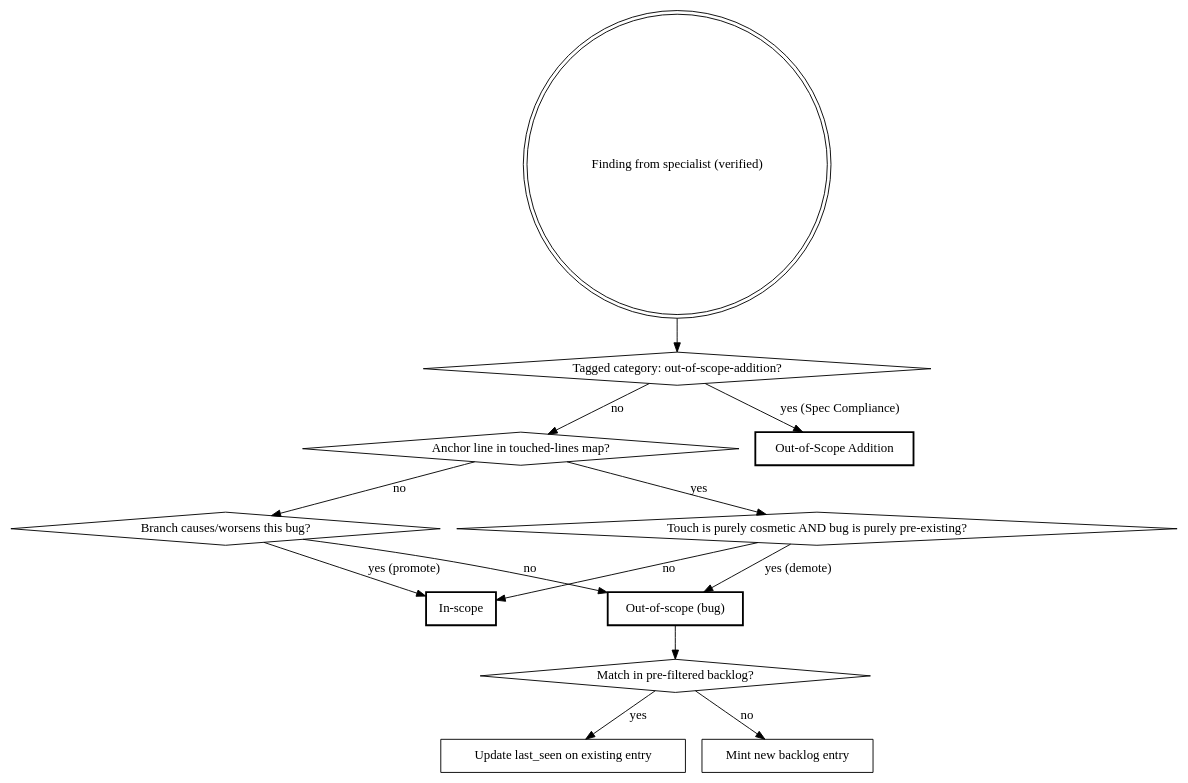
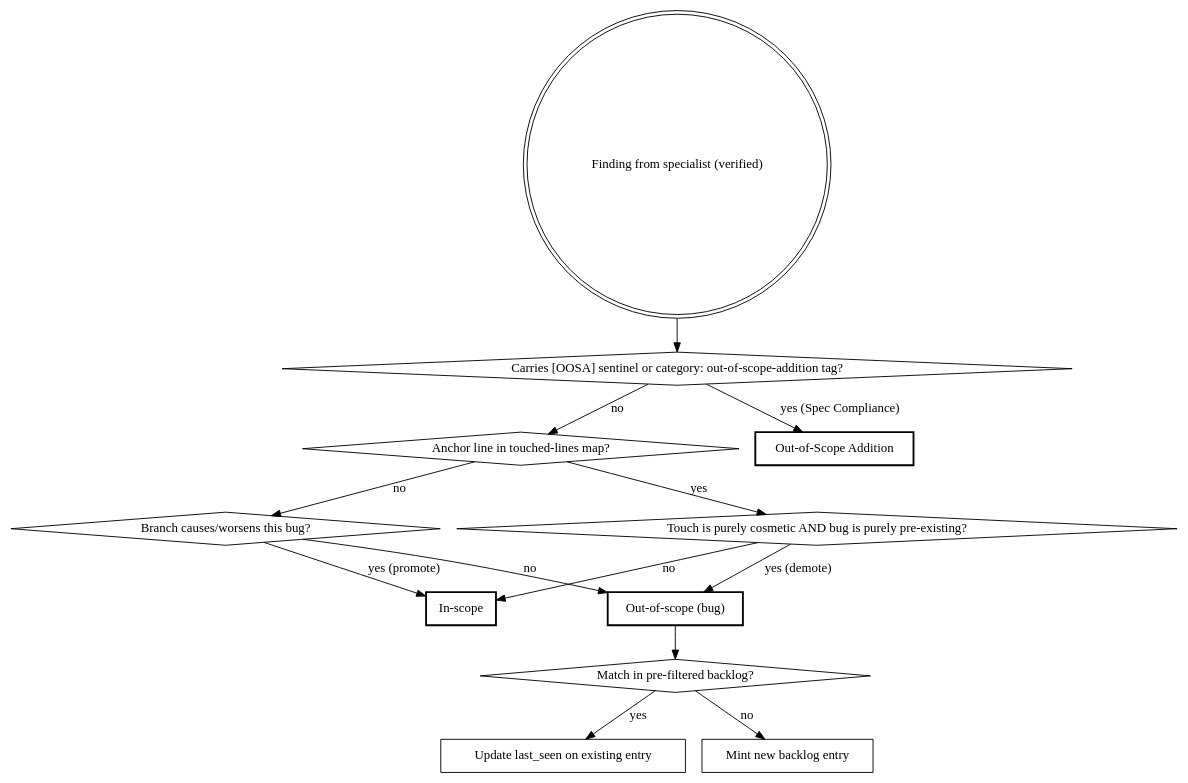
One commit to Ovid/paad changed the first of 2 diagrams in plugins/paad/skills/agentic-review/SKILL.md. Above: the diagram before and after it, drawn with Graphviz. The commit also changed other lines of this file, not shown here.

Commit message:
agentic-review: match Rule 0 routing and the uncommitted-changes stop
Classification node named only the category tag; Rule 0 routes on the
[OOSA] sentinel or the tag. Pre-flight drew 'wait to commit' as a
pass-through to the diff check rather than a stop.

````diff
--- a/plugins/paad/skills/agentic-review/SKILL.md
+++ b/plugins/paad/skills/agentic-review/SKILL.md
@@ -40,29 +40,29 @@
 ```dot
 digraph classification {
   "Finding from specialist (verified)" [shape=doublecircle];
-  "Tagged category: out-of-scope-addition?" [shape=diamond];
+  "Carries [OOSA] sentinel or category: out-of-scope-addition tag?" [shape=diamond];
   "Anchor line in touched-lines map?" [shape=diamond];
   "Branch causes/worsens this bug?" [shape=diamond];
   "Touch is purely cosmetic AND bug is purely pre-existing?" [shape=diamond];
   "Match in pre-filtered backlog?" [shape=diamond];
 
   "In-scope" [shape=box, style=bold];
   "Out-of-scope (bug)" [shape=box, style=bold];
   "Out-of-Scope Addition" [shape=box, style=bold];
   "Update last_seen on existing entry" [shape=box];
   "Mint new backlog entry" [shape=box];
 
-  "Finding from specialist (verified)" -> "Tagged category: out-of-scope-addition?";
-  "Tagged category: out-of-scope-addition?" -> "Out-of-Scope Addition" [label="yes (Spec Compliance)"];
-  "Tagged category: out-of-scope-addition?" -> "Anchor line in touched-lines map?" [label="no"];
+  "Finding from specialist (verified)" -> "Carries [OOSA] sentinel or category: out-of-scope-addition tag?";
+  "Carries [OOSA] sentinel or category: out-of-scope-addition tag?" -> "Out-of-Scope Addition" [label="yes (Spec Compliance)"];
+  "Carries [OOSA] sentinel or category: out-of-scope-addition tag?" -> "Anchor line in touched-lines map?" [label="no"];
   "Anchor line in touched-lines map?" -> "Touch is purely cosmetic AND bug is purely pre-existing?" [label="yes"];
   "Anchor line in touched-lines map?" -> "Branch causes/worsens this bug?" [label="no"];
   "Touch is purely cosmetic AND bug is purely pre-existing?" -> "Out-of-scope (bug)" [label="yes (demote)"];
   "Touch is purely cosmetic AND bug is purely pre-existing?" -> "In-scope" [label="no"];
   "Branch causes/worsens this bug?" -> "In-scope" [label="yes (promote)"];
   "Branch causes/worsens this bug?" -> "Out-of-scope (bug)" [label="no"];
   "Out-of-scope (bug)" -> "Match in pre-filtered backlog?";
   "Match in pre-filtered backlog?" -> "Update last_seen on existing entry" [label="yes"];
   "Match in pre-filtered backlog?" -> "Mint new backlog entry" [label="no"];
 }
 ```
````
